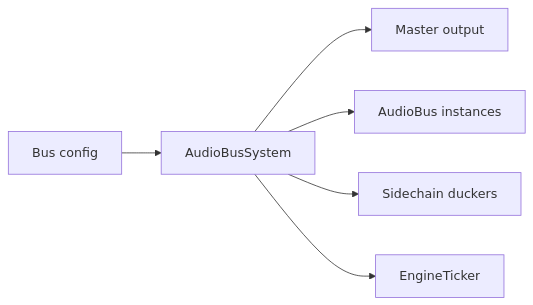
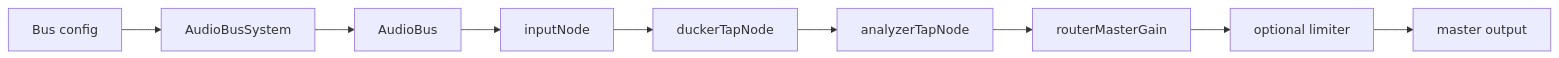
One commit to rapt0p7/scenegrid-console changed the first of 2 diagrams in openwiki/engine/infrastructure/bus-system.md. Above: the diagram before and after it, drawn with Mermaid. The commit also changed other lines of this file and 31 other files, not shown here.

````diff
--- a/openwiki/engine/infrastructure/bus-system.md
+++ b/openwiki/engine/infrastructure/bus-system.md
@@ -36,8 +31,11 @@
 ```mermaid
 flowchart LR
-    Config[Bus config] --> System[AudioBusSystem]
-    System --> Master[Master output]
-    System --> Buses[AudioBus instances]
-    System --> Sidechains[Sidechain duckers]
-    System --> Ticker[EngineTicker]
+    Config["Bus config"] --> System["AudioBusSystem"]
+    System --> Bus["AudioBus"]
+    Bus --> Input["inputNode"]
+    Input --> Ducker["duckerTapNode"]
+    Ducker --> Analyzer["analyzerTapNode"]
+    Analyzer --> Master["routerMasterGain"]
+    Master --> Limiter["optional limiter"]
+    Limiter --> Output["master output"]
 ```
````
